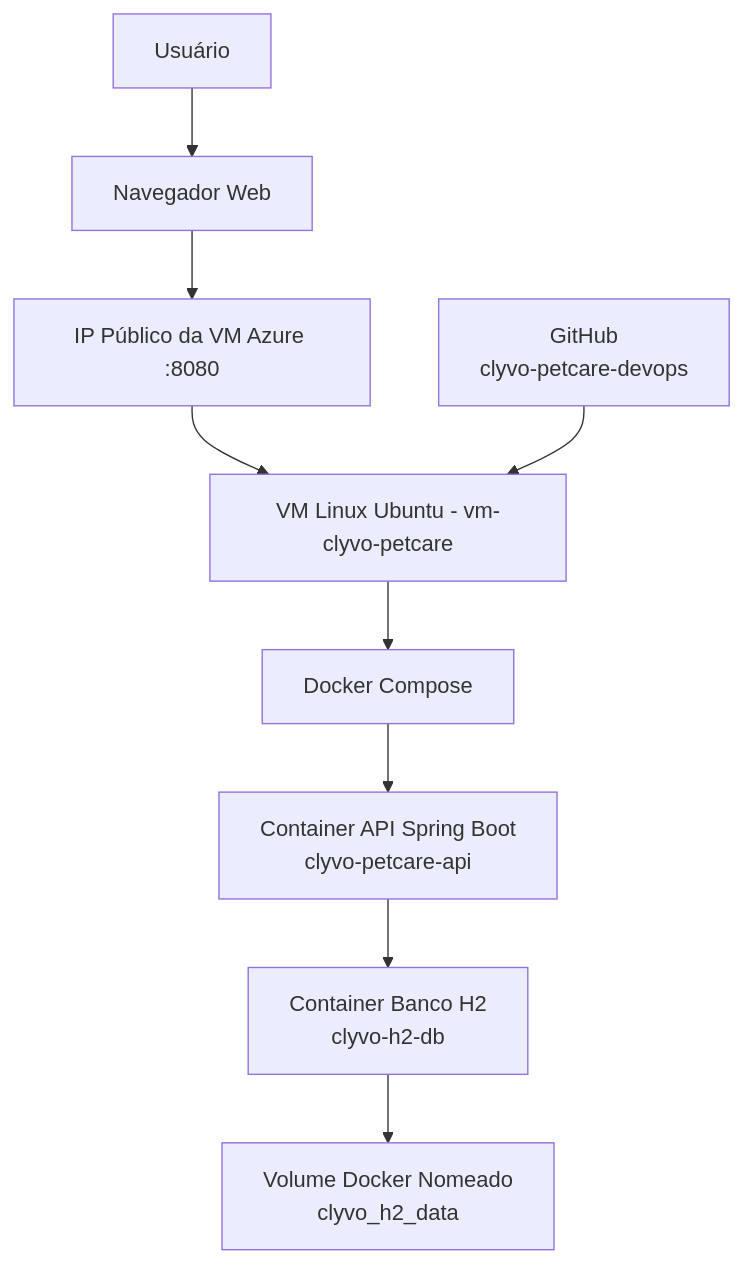
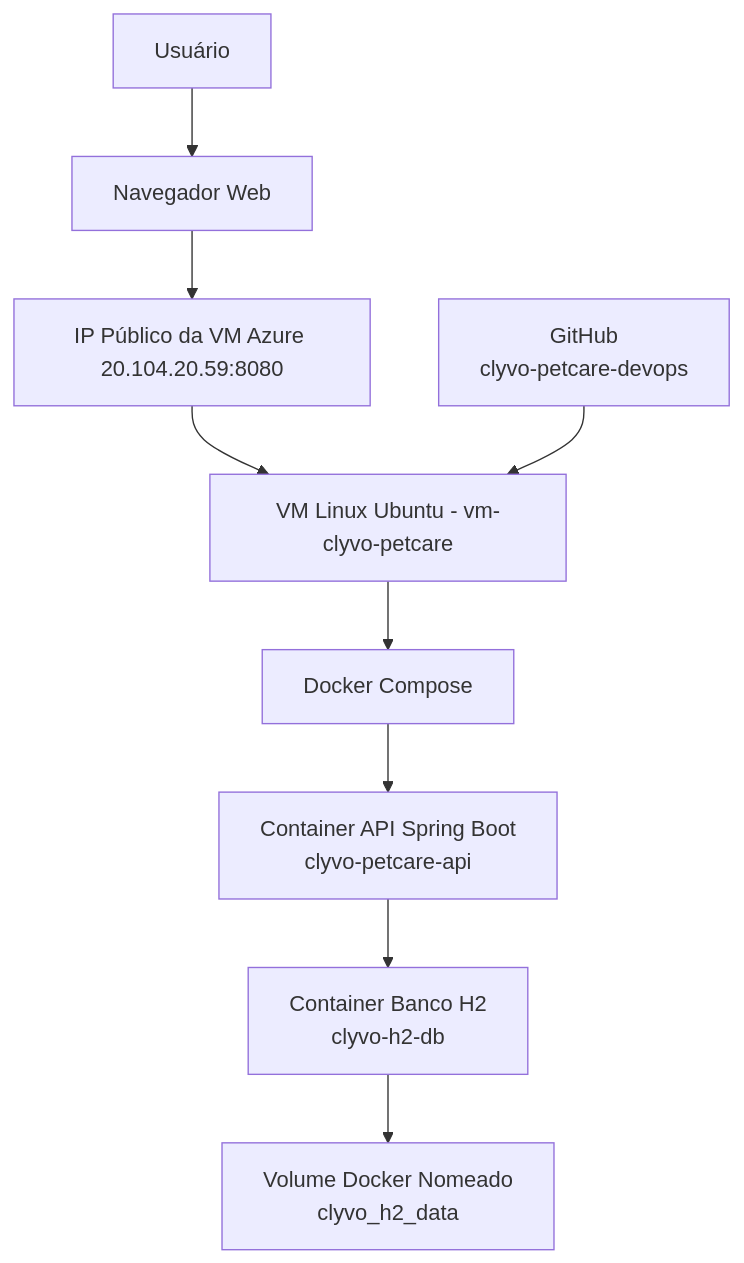
The diagram in README.MD (Permagnani/clyvo-petcare-devops), drawn with Mermaid before and after one commit.

Commit message:
adiciona ip publico da VM Azure

````diff
--- a/README.MD
+++ b/README.MD
@@ -9,12 +9,12 @@
 ```mermaid
 flowchart TD
     A[Usuário] --> B[Navegador Web]
-    B --> C[IP Público da VM Azure :8080]
+    B --> C[IP Público da VM Azure 20.104.20.59:8080]
     C --> D[VM Linux Ubuntu - vm-clyvo-petcare]
     D --> E[Docker Compose]
     E --> F[Container API Spring Boot<br/>clyvo-petcare-api]
     F --> G[Container Banco H2<br/>clyvo-h2-db]
     G --> H[Volume Docker Nomeado<br/>clyvo_h2_data]
 
     I[GitHub<br/>clyvo-petcare-devops] --> D
 ```
````
